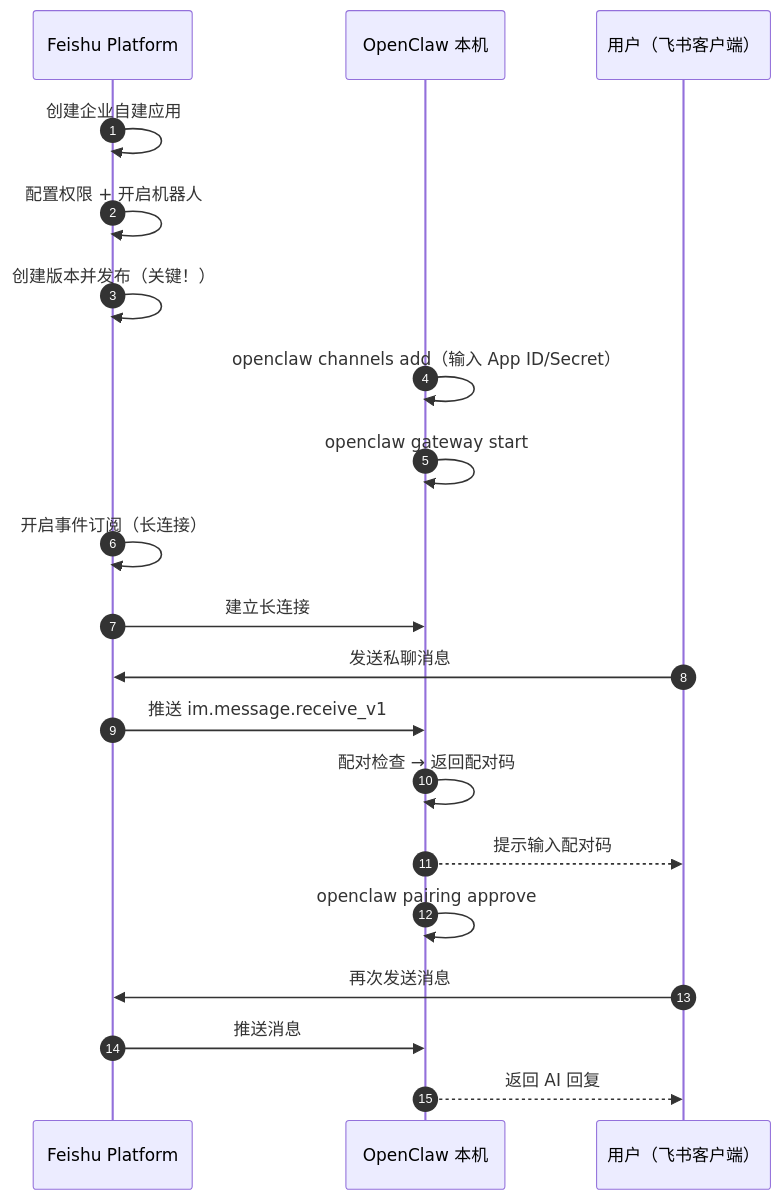
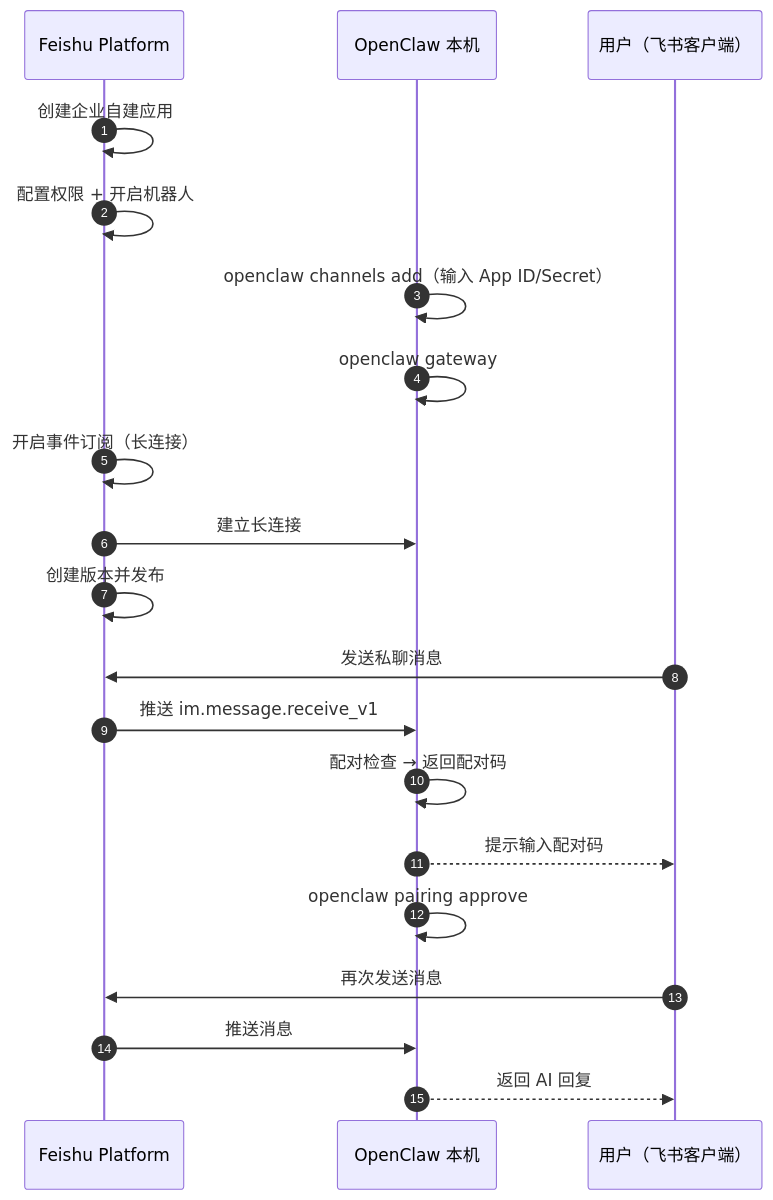
The diagram in 07_multi_agent/7.2_lark_integration.md (yeasy/openclaw_guide), drawn with Mermaid before and after one commit. The commit also changed other lines of this file and 25 other files, not shown here.

````diff
--- a/07_multi_agent/7.2_lark_integration.md
+++ b/07_multi_agent/7.2_lark_integration.md
@@ -24,23 +28,23 @@
 ```mermaid
 sequenceDiagram
     autonumber
     participant FS as Feishu Platform
     participant OC as OpenClaw 本机
     participant User as 用户（飞书客户端）
 
     FS->>FS: 创建企业自建应用
     FS->>FS: 配置权限 + 开启机器人
-    FS->>FS: 创建版本并发布（关键！）
     OC->>OC: openclaw channels add（输入 App ID/Secret）
-    OC->>OC: openclaw gateway start
+    OC->>OC: openclaw gateway
     FS->>FS: 开启事件订阅（长连接）
     FS->>OC: 建立长连接
+    FS->>FS: 创建版本并发布
     User->>FS: 发送私聊消息
     FS->>OC: 推送 im.message.receive_v1
     OC->>OC: 配对检查 → 返回配对码
     OC-->>User: 提示输入配对码
     OC->>OC: openclaw pairing approve
     User->>FS: 再次发送消息
     FS->>OC: 推送消息
     OC-->>User: 返回 AI 回复
 ```
````
